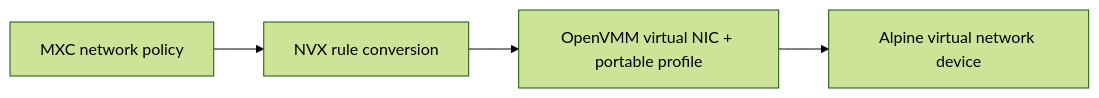
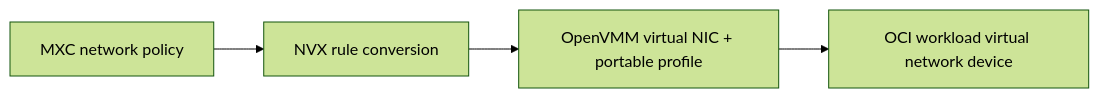
Before and after one commit to microsoft/mxc: the third of 3 diagrams in docs/nvx-integration.md, drawn with Mermaid (forest theme). The commit also changed other lines of this file, not shown here.

````diff
--- a/docs/nvx-integration.md
+++ b/docs/nvx-integration.md
@@ -419,6 +463,6 @@
 ```mermaid
 flowchart LR
     Policy["MXC network policy"] --> NVX["NVX rule conversion"]
     NVX --> OpenVMM["OpenVMM virtual NIC + portable profile"]
-    OpenVMM --> Alpine["Alpine virtual network device"]
+    OpenVMM --> Workload["OCI workload virtual network device"]
 ```
````
